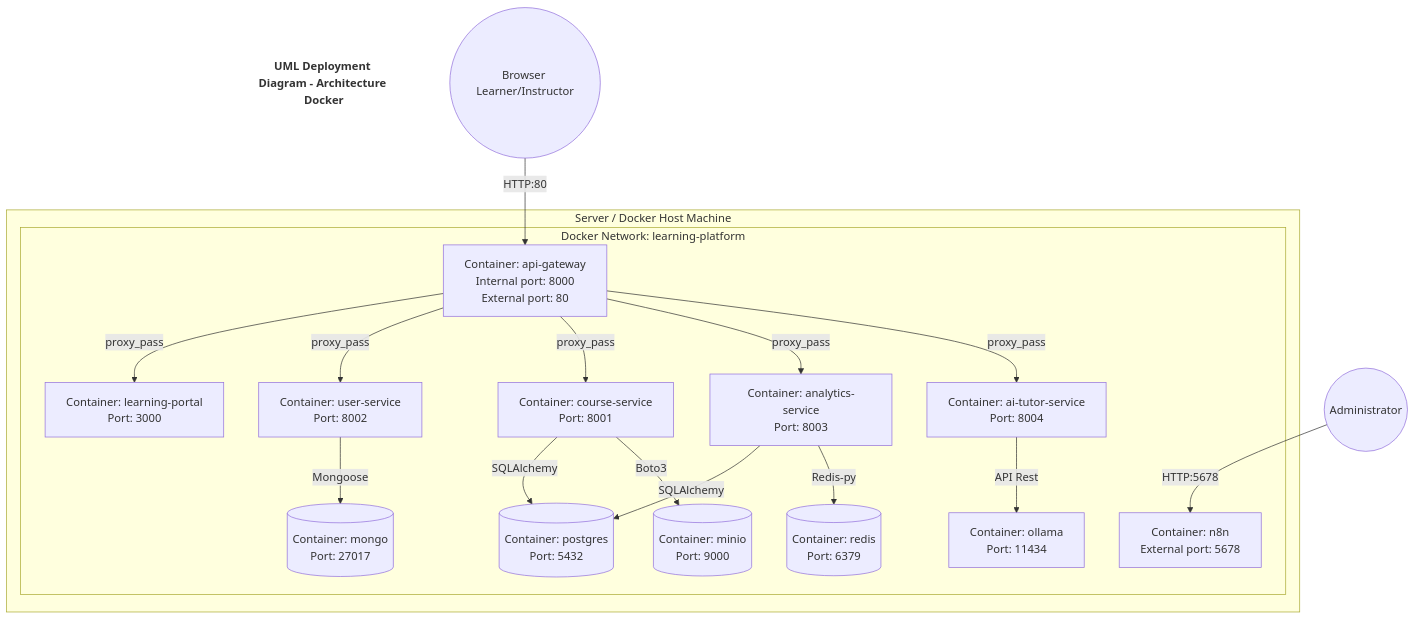
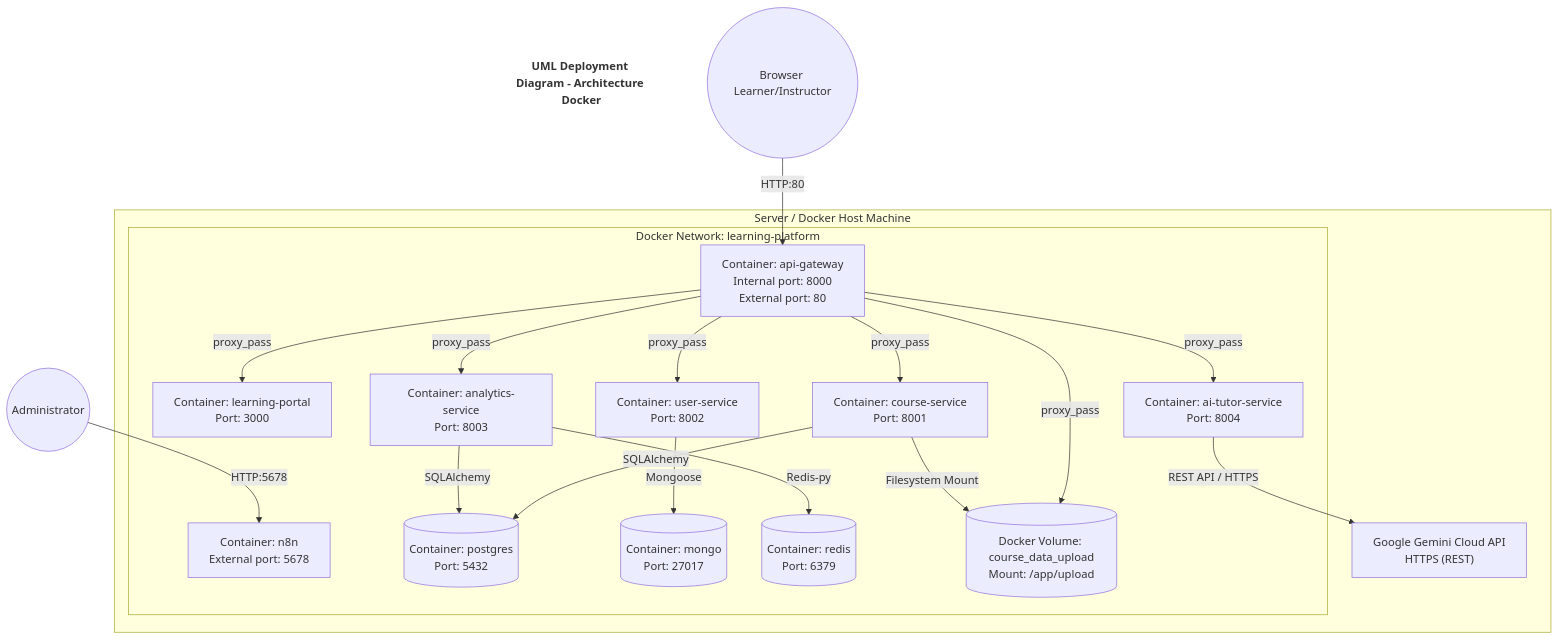
The tenth of 10 diagrams in architecture.md (Sen-Se1/elearning-microservice-platform), drawn with Mermaid before and after one commit. The commit also changed other lines of this file and 1 other file, not shown here.

Commit message:
refactor: migrate AI integration from local Ollama to Google Gemini API and update storage configurations

````diff
--- a/architecture.md
+++ b/architecture.md
@@ -509,42 +514,43 @@
 ```mermaid
 flowchart TD
     title["UML Deployment Diagram - Architecture Docker"]
     style title fill:none,stroke:none,font-weight:bold,font-size:16px
 
     subgraph Host[Server / Docker Host Machine]
         subgraph DockerNetwork[Docker Network: learning-platform]
             Gateway["Container: api-gateway<br/>Internal port: 8000<br/>External port: 80"]
             
             Frontend["Container: learning-portal<br/>Port: 3000"]
             
             UserSvc["Container: user-service<br/>Port: 8002"]
             CourseSvc["Container: course-service<br/>Port: 8001"]
             AnalyticsSvc["Container: analytics-service<br/>Port: 8003"]
             AITutorSvc["Container: ai-tutor-service<br/>Port: 8004"]
             N8N["Container: n8n<br/>External port: 5678"]
             
-            Ollama["Container: ollama<br/>Port: 11434"]
-            
             PG[("Container: postgres<br/>Port: 5432")]
             Mongo[("Container: mongo<br/>Port: 27017")]
             Redis[("Container: redis<br/>Port: 6379")]
-            Minio[("Container: minio<br/>Port: 9000")]
+            UploadsVol[("Docker Volume: course_data_upload<br/>Mount: /app/upload")]
         end
+        
+        GeminiCloud["Google Gemini Cloud API<br/>HTTPS (REST)"]
     end
     
     Client((Browser Learner/Instructor)) -->|HTTP:80| Gateway
     Admin((Administrator)) -->|HTTP:5678| N8N
     
     Gateway -->|proxy_pass| Frontend
     Gateway -->|proxy_pass| UserSvc
     Gateway -->|proxy_pass| CourseSvc
     Gateway -->|proxy_pass| AnalyticsSvc
     Gateway -->|proxy_pass| AITutorSvc
+    Gateway -->|proxy_pass| UploadsVol
     
     UserSvc -->|Mongoose| Mongo
     CourseSvc -->|SQLAlchemy| PG
-    CourseSvc -->|Boto3| Minio
+    CourseSvc -->|Filesystem Mount| UploadsVol
     AnalyticsSvc -->|SQLAlchemy| PG
     AnalyticsSvc -->|Redis-py| Redis
-    AITutorSvc -->|API Rest| Ollama
+    AITutorSvc -->|REST API / HTTPS| GeminiCloud
 ```
````
